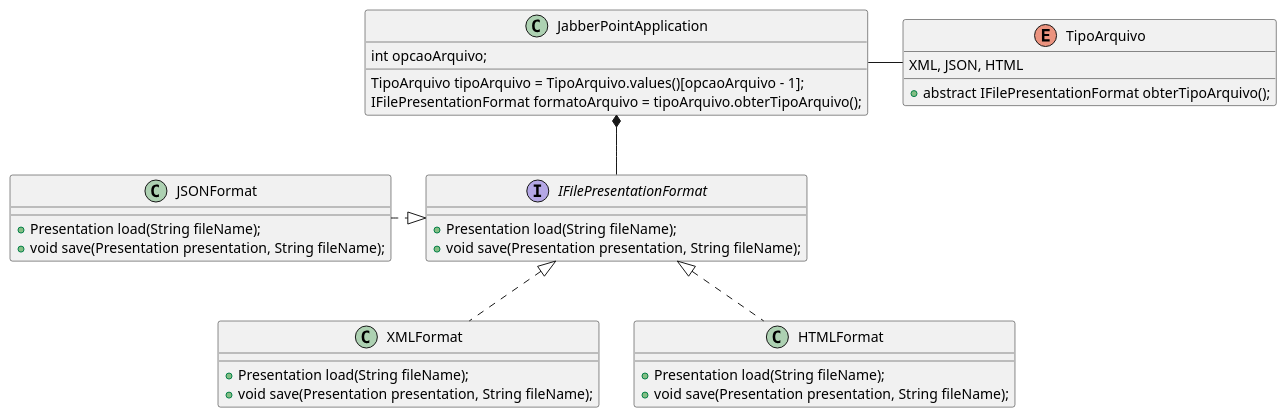
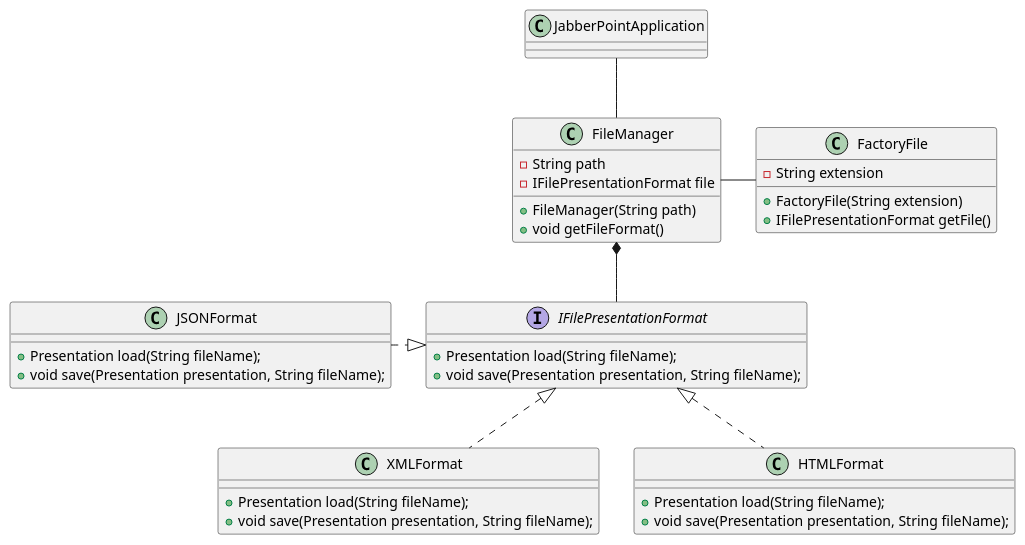
The diagram in jabberPoint/padroesProjeto/strategy.puml (kvojps/estudo-uml), drawn with PlantUML before and after one commit.

Commit message:
adicionando diagrama do strategy

```diff
--- a/jabberPoint/padroesProjeto/strategy.puml
+++ b/jabberPoint/padroesProjeto/strategy.puml
@@ -1,39 +1,48 @@
 @startuml strategy nos tipos de arquivos
 
 class JabberPointApplication {
-    int opcaoArquivo;
-    TipoArquivo tipoArquivo = TipoArquivo.values()[opcaoArquivo - 1];
-    IFilePresentationFormat formatoArquivo = tipoArquivo.obterTipoArquivo();
+    
 }
 
-JabberPointApplication - TipoArquivo
-JabberPointApplication *-- IFilePresentationFormat
+JabberPointApplication -- FileManager
+FileManager *-- IFilePresentationFormat
 
-Enum TipoArquivo {
-    XML, JSON, HTML
-    + abstract IFilePresentationFormat obterTipoArquivo();
+class FileManager {
+    - String path
+    - IFilePresentationFormat file
+
+    + FileManager(String path)
+    + void getFileFormat()
+}
+
+FileManager - FactoryFile
+
+class FactoryFile {
+    - String extension
+    + FactoryFile(String extension)
+    + IFilePresentationFormat getFile()
 }
 
 interface IFilePresentationFormat {
     + Presentation load(String fileName);
     + void save(Presentation presentation, String fileName);
 }
 
 class XMLFormat implements IFilePresentationFormat {
     + Presentation load(String fileName);
     + void save(Presentation presentation, String fileName);
 }
 
 class HTMLFormat implements IFilePresentationFormat {
     + Presentation load(String fileName);
     + void save(Presentation presentation, String fileName);
 }
 
 class JSONFormat {
     + Presentation load(String fileName);
     + void save(Presentation presentation, String fileName);
 }
 
 JSONFormat .|> IFilePresentationFormat
 
 @enduml
```
